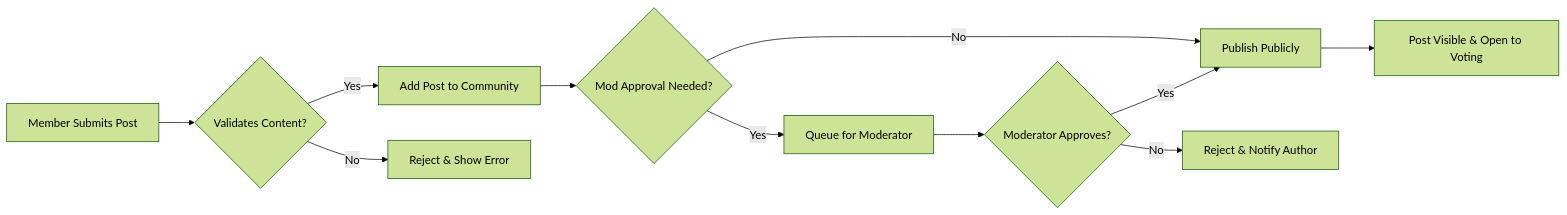
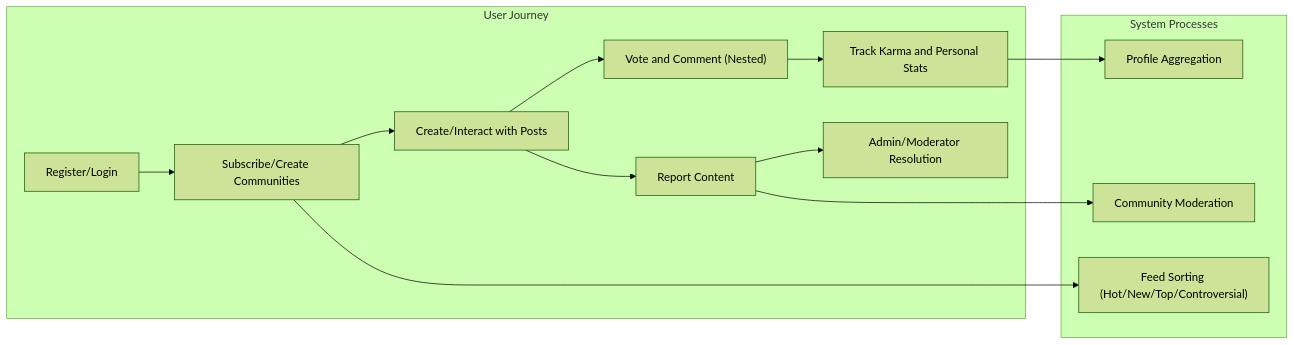
The diagram in openai/gpt-4.1/reddit/docs/analysis/01-service-overview.md (wrtnlabs/autobe-examples), drawn with Mermaid (forest theme) before and after one commit. The commit also changed other lines of this file and 16146 other files, not shown here.

````diff
--- a/openai/gpt-4.1/reddit/docs/analysis/01-service-overview.md
+++ b/openai/gpt-4.1/reddit/docs/analysis/01-service-overview.md
@@ -94,13 +125,21 @@
 ```mermaid
 graph LR
-    A["Member Submits Post"] --> B{"Validates Content?"}
-    B -->|"Yes"| C["Add Post to Community"]
-    B -->|"No"| D["Reject & Show Error"]
-    C --> E{"Mod Approval Needed?"}
-    E -->|"Yes"| F["Queue for Moderator"]
-    E -->|"No"| G["Publish Publicly"]
-    F --> H{"Moderator Approves?"}
-    H -->|"Yes"| G
-    H -->|"No"| I["Reject & Notify Author"]
-    G --> J["Post Visible & Open to Voting"]
+  subgraph "User Journey"
+    A["Register/Login"] --> B["Subscribe/Create Communities"]
+    B --> C["Create/Interact with Posts"]
+    C --> D["Vote and Comment (Nested)"]
+    D --> E["Track Karma and Personal Stats"]
+    C --> F["Report Content"]
+    F --> G["Admin/Moderator Resolution"]
+  end
+
+  subgraph "System Processes"
+    H["Feed Sorting (Hot/New/Top/Controversial)"]
+    I["Profile Aggregation"]
+    J["Community Moderation"]
+  end
+
+  E --> I
+  B --> H
+  F --> J
 ```
````
